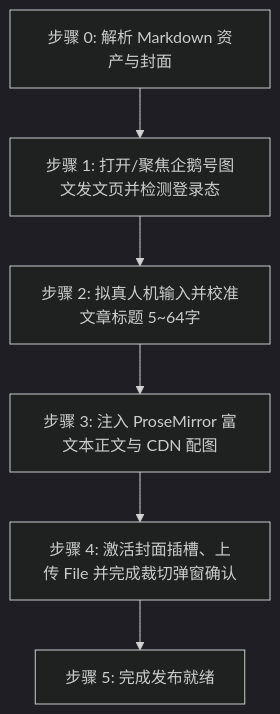
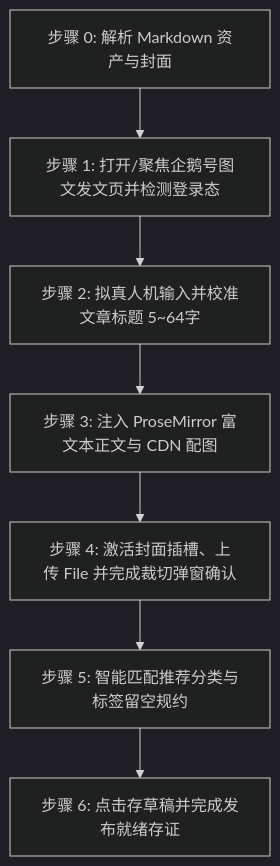
Before and after one commit to undsky/doudou-publish-skills: the diagram in skills/doudou-qiehao/SKILL.md, drawn with Mermaid (dark theme). The commit also changed other lines of this file and 2 other files, not shown here.

````diff
--- a/skills/doudou-qiehao/SKILL.md
+++ b/skills/doudou-qiehao/SKILL.md
@@ -12,8 +12,9 @@
 ```mermaid
 flowchart TD
     S0[步骤 0: 解析 Markdown 资产与封面] --> S1[步骤 1: 打开/聚焦企鹅号图文发文页并检测登录态]
     S1 --> S2[步骤 2: 拟真人机输入并校准文章标题 5~64字]
     S2 --> S3[步骤 3: 注入 ProseMirror 富文本正文与 CDN 配图]
     S3 --> S4[步骤 4: 激活封面插槽、上传 File 并完成裁切弹窗确认]
-    S4 --> S5[步骤 5: 完成发布就绪]
+    S4 --> S5[步骤 5: 智能匹配推荐分类与标签留空规约]
+    S5 --> S6[步骤 6: 点击存草稿并完成发布就绪存证]
 ```
````
